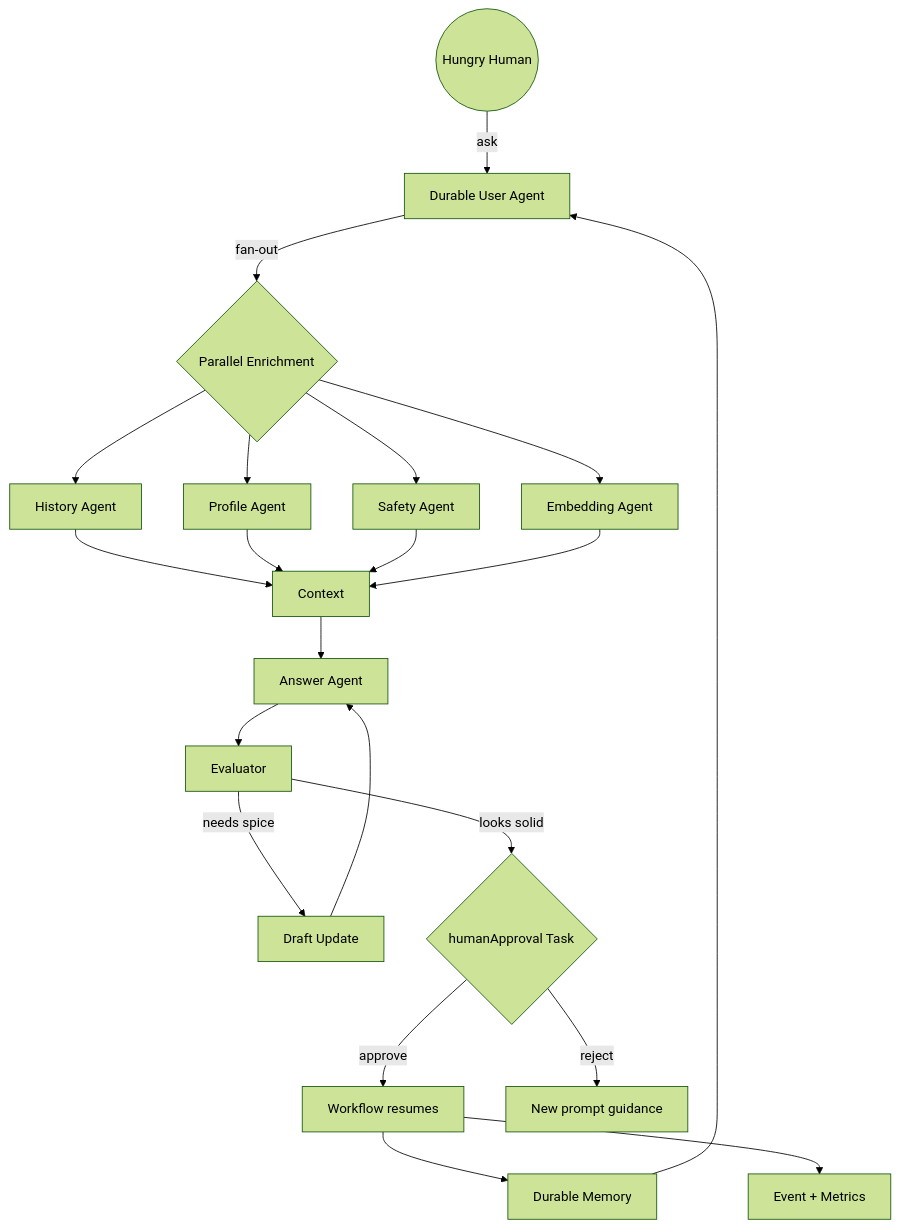
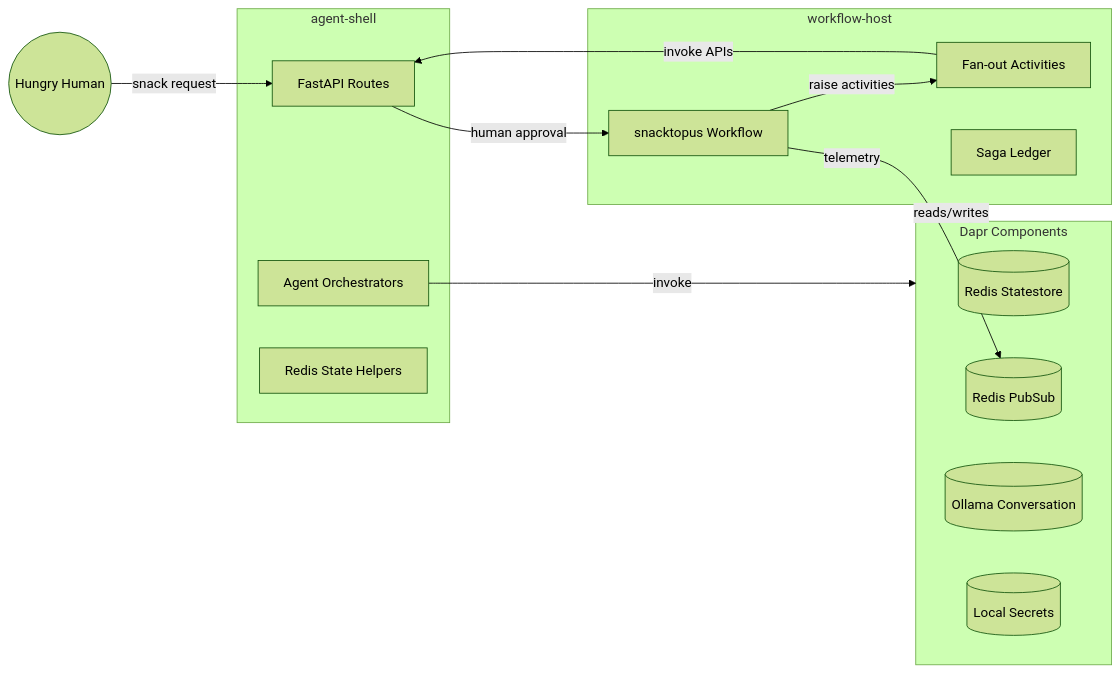
The diagram in README.md (abossard/abraka-dapra), drawn with Mermaid (forest theme) before and after one commit. The commit also changed other lines of this file and 1 other file, not shown here.

Commit message:
Update README and TODO with project structure, Python setup, and workflow details

````diff
--- a/README.md
+++ b/README.md
@@ -14,23 +94,29 @@
 ```mermaid
-flowchart TD
-    User((Hungry Human)) -->|ask| DurableAgent[Durable User Agent]
-    DurableAgent -->|fan-out| EnrichmentFork{Parallel Enrichment}
-    EnrichmentFork --> Hist[History Agent]
-    EnrichmentFork --> Prof[Profile Agent]
-    EnrichmentFork --> Safe[Safety Agent]
-    EnrichmentFork --> Embed[Embedding Agent]
-    Hist --> Context
-    Prof --> Context
-    Safe --> Context
-    Embed --> Context
-    Context --> AnswerAgent[Answer Agent]
-    AnswerAgent --> Eval[Evaluator]
-    Eval -->|needs spice| Refinement[Draft Update]
-    Refinement --> AnswerAgent
-    Eval -->|looks solid| HumanPause{humanApproval Task}
-    HumanPause -->|approve| WorkflowResume[Workflow resumes]
-    HumanPause -->|reject| RewritePrompt[New prompt guidance]
-    WorkflowResume --> Memory[Durable Memory]
-    WorkflowResume --> Telemetry[Event + Metrics]
-    Memory --> DurableAgent
+flowchart LR
+    subgraph AgentShell[agent-shell]
+        API[FastAPI Routes]
+        Services[Agent Orchestrators]
+        Memory[Redis State Helpers]
+    end
+
+    subgraph WorkflowHost[workflow-host]
+        SnacktopusWorkflow[snacktopus Workflow]
+        Activities[Fan-out Activities]
+        SagaLedger[Saga Ledger]
+    end
+
+    subgraph DaprSidecars[Dapr Components]
+        Statestore[(Redis Statestore)]
+        Events[(Redis PubSub)]
+        Ollama[(Ollama Conversation)]
+        Secrets[(Local Secrets)]
+    end
+
+    User((Hungry Human)) -->|snack request| API
+    Services -->|invoke| DaprSidecars
+    SnacktopusWorkflow -->|raise activities| Activities
+    Activities -->|invoke APIs| API
+    WorkflowHost -->|reads/writes| DaprSidecars
+    API -->|human approval| SnacktopusWorkflow
+    SnacktopusWorkflow -->|telemetry| Events
 ```
````
